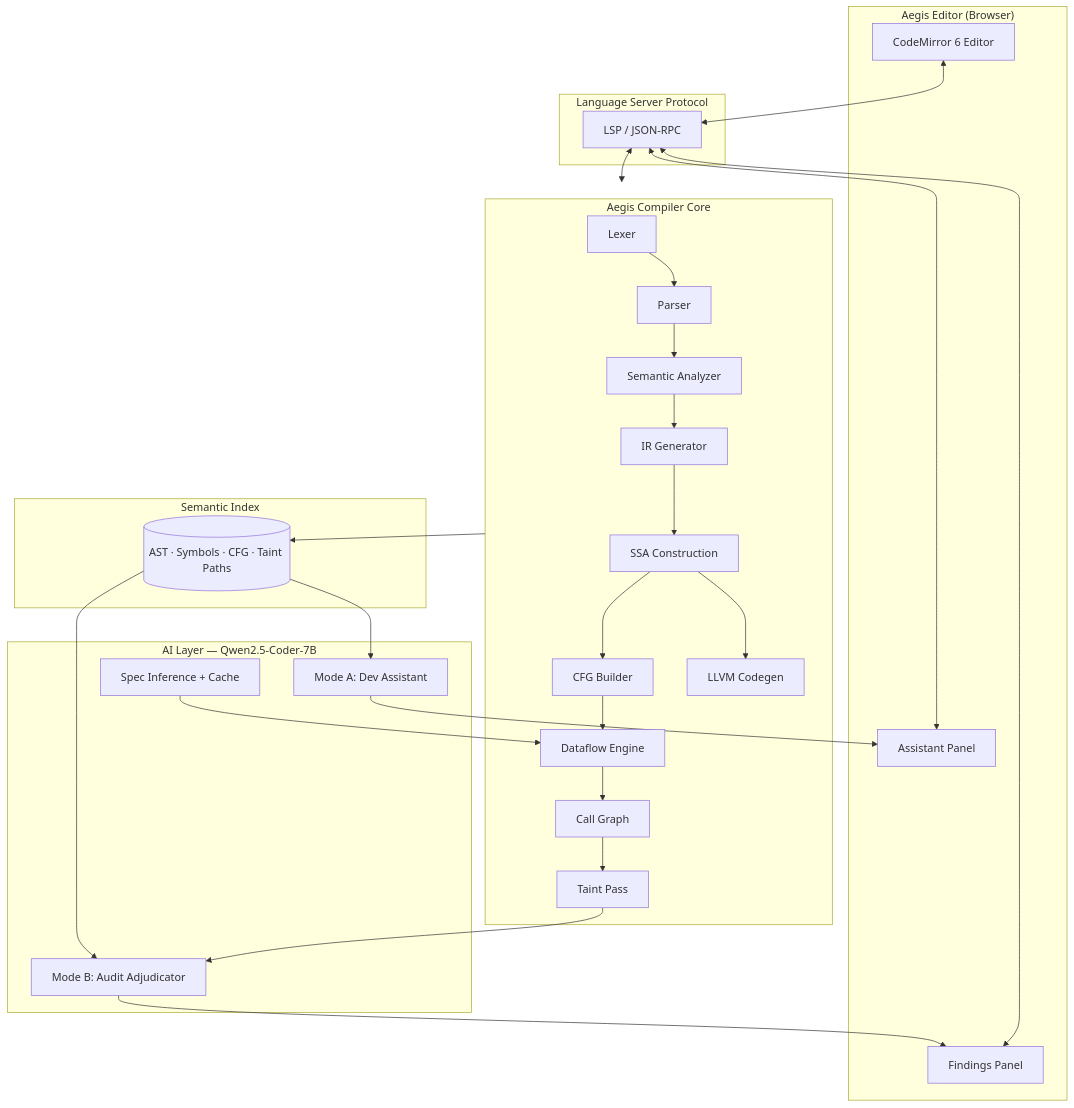
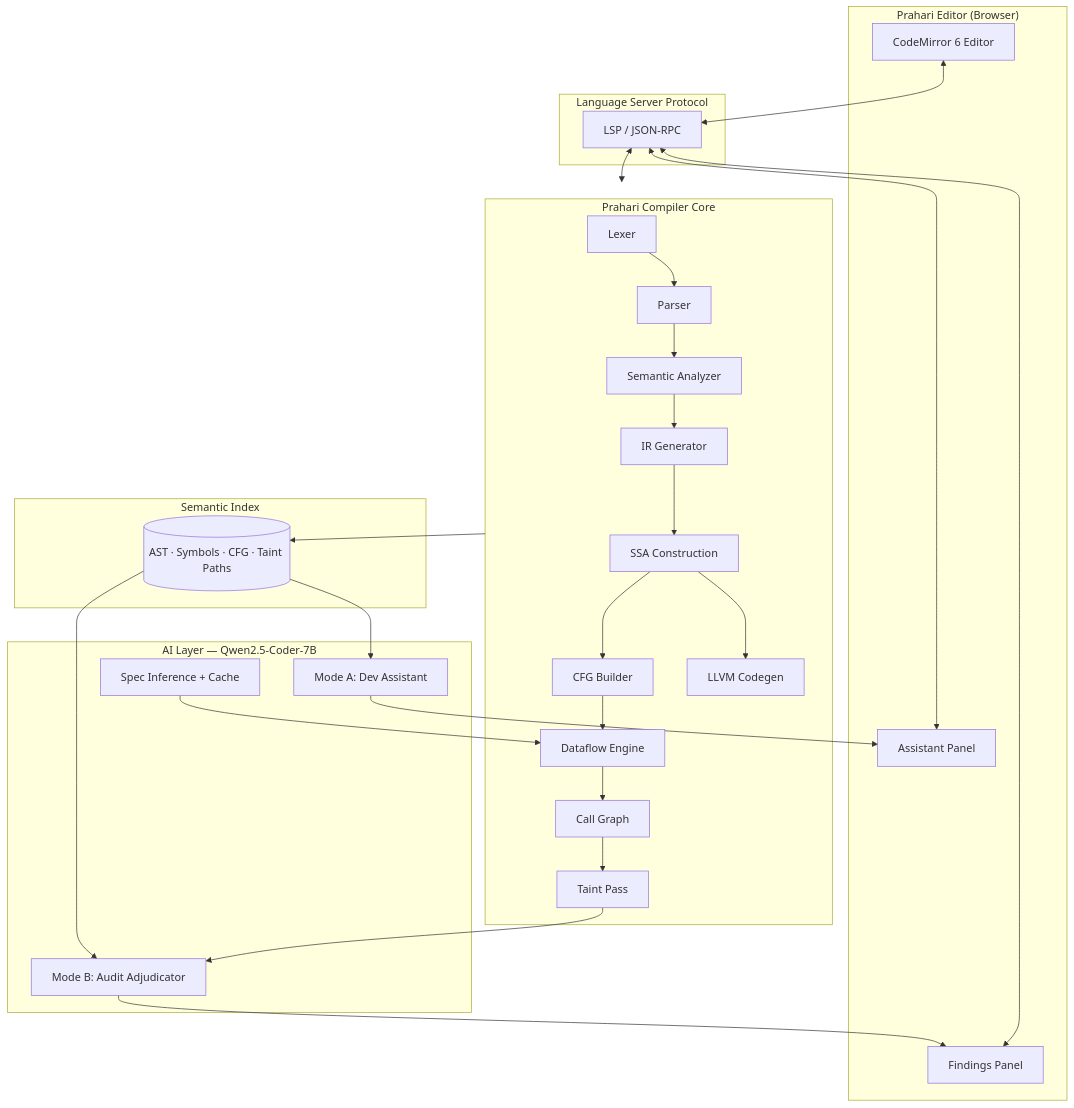
Before and after one commit to Divyakush2006/aegis: the first of 2 diagrams in docs/planning/master-document.md, drawn with Mermaid. The commit also changed other lines of this file and 172 other files, not shown here.

First line of the commit message:
Rename the project from Aegis to Prahari

````diff
--- a/docs/planning/master-document.md
+++ b/docs/planning/master-document.md
@@ -72,46 +72,46 @@
 ```mermaid
 graph TB
-    subgraph Client["Aegis Editor (Browser)"]
+    subgraph Client["Prahari Editor (Browser)"]
         ED[CodeMirror 6 Editor]
         AP[Assistant Panel]
         FP[Findings Panel]
     end
 
     subgraph Protocol["Language Server Protocol"]
         LSP[LSP / JSON-RPC]
     end
 
-    subgraph Core["Aegis Compiler Core"]
+    subgraph Core["Prahari Compiler Core"]
         LEX[Lexer] --> PAR[Parser]
         PAR --> SEM[Semantic Analyzer]
         SEM --> IRG[IR Generator]
         IRG --> SSA[SSA Construction]
         SSA --> CFG[CFG Builder]
         CFG --> DFA[Dataflow Engine]
         DFA --> CG[Call Graph]
         CG --> TNT[Taint Pass]
         SSA --> CGN[LLVM Codegen]
     end
 
     subgraph Index["Semantic Index"]
         SI[(AST · Symbols · CFG · Taint Paths)]
     end
 
     subgraph AI["AI Layer — Qwen2.5-Coder-7B"]
         M1[Mode A: Dev Assistant]
         M2[Mode B: Audit Adjudicator]
         SPEC[Spec Inference + Cache]
     end
 
     ED <--> LSP
     AP <--> LSP
     FP <--> LSP
     LSP <--> Core
     Core --> SI
     SI --> M1
     SI --> M2
     TNT --> M2
     SPEC --> DFA
     M1 --> AP
     M2 --> FP
 ```
````
